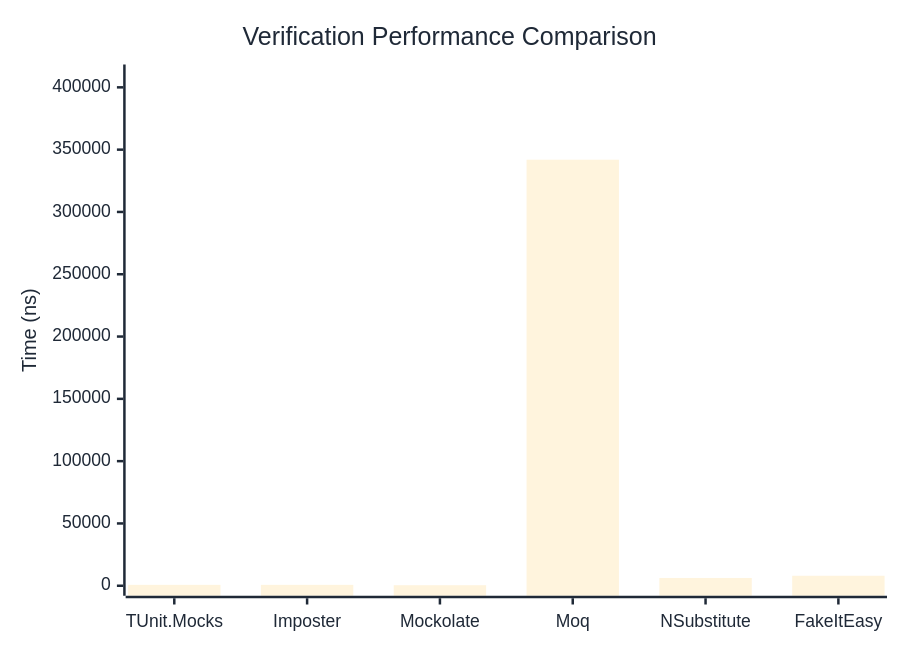
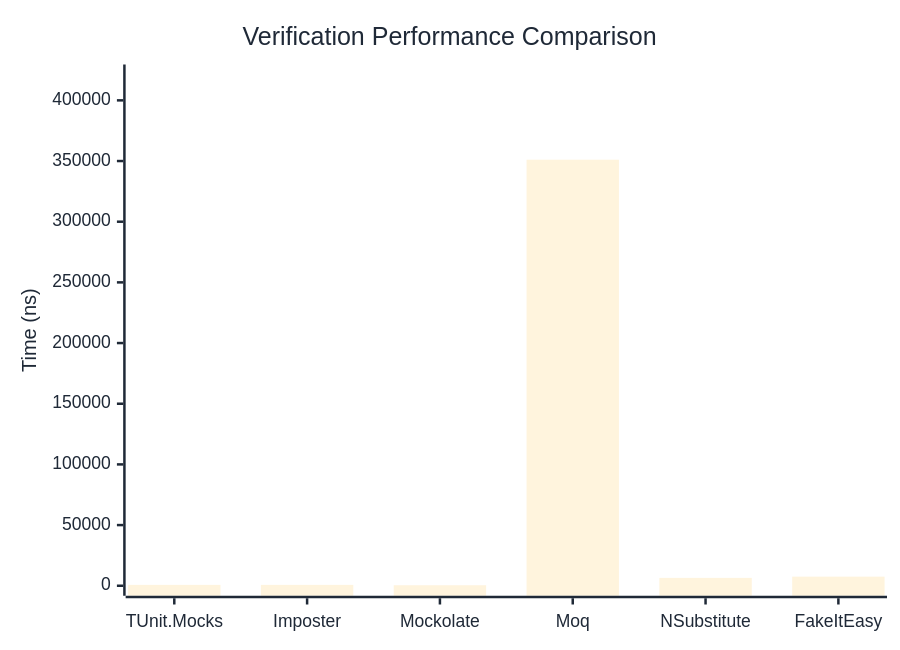
The first of 3 diagrams in docs/docs/benchmarks/mocks/Verification.md (thomhurst/TUnit), drawn with Mermaid before and after one commit. The commit also changed other lines of this file and 14 other files, not shown here.

````diff
--- a/docs/docs/benchmarks/mocks/Verification.md
+++ b/docs/docs/benchmarks/mocks/Verification.md
@@ -30,27 +30,27 @@
 ```mermaid
 %%{init: {
   'theme':'base',
   'themeVariables': {
     'primaryColor': '#2563eb',
     'primaryTextColor': '#1f2937',
     'primaryBorderColor': '#1e40af',
     'lineColor': '#6b7280',
     'secondaryColor': '#7c3aed',
     'tertiaryColor': '#dc2626',
     'background': '#ffffff',
     'pie1': '#2563eb',
     'pie2': '#7c3aed',
     'pie3': '#dc2626',
     'pie4': '#f59e0b',
     'pie5': '#10b981',
     'pie6': '#06b6d4',
     'pie7': '#ec4899',
     'pie8': '#6366f1'
   }
 }}%%
 xychart-beta
   title "Verification Performance Comparison"
   x-axis ["TUnit.Mocks", "Imposter", "Mockolate", "Moq", "NSubstitute", "FakeItEasy"]
-  y-axis "Time (ns)" 0 --> 410310
-  bar [724.69, 724.41, 419.73, 341924.83, 6242.97, 8025.86]
+  y-axis "Time (ns)" 0 --> 421308
+  bar [719.21, 712.97, 415.67, 351089.27, 6489.77, 7513.3]
 ```
````
